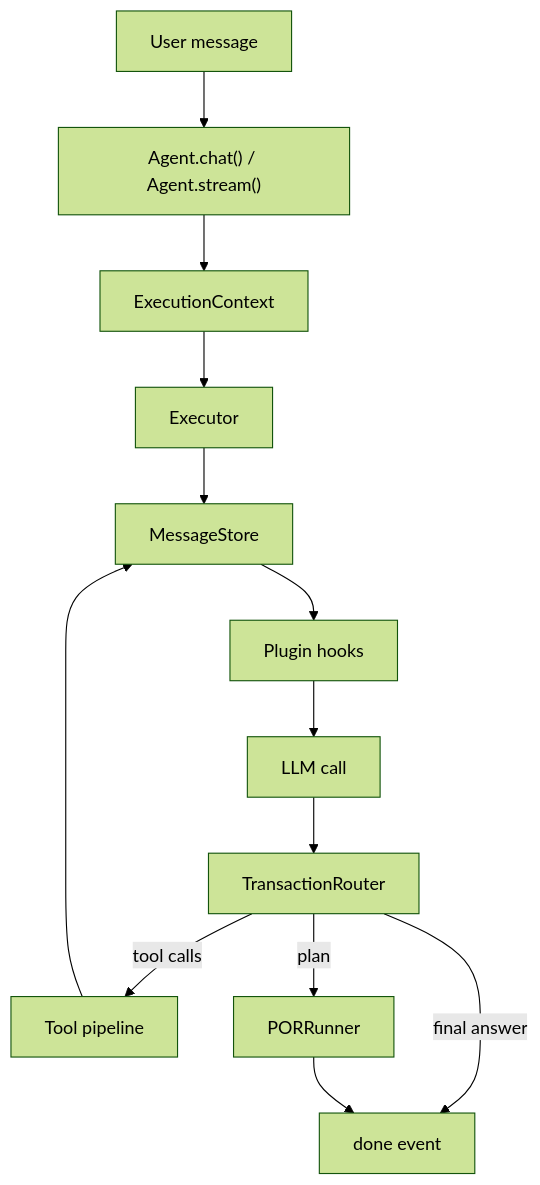
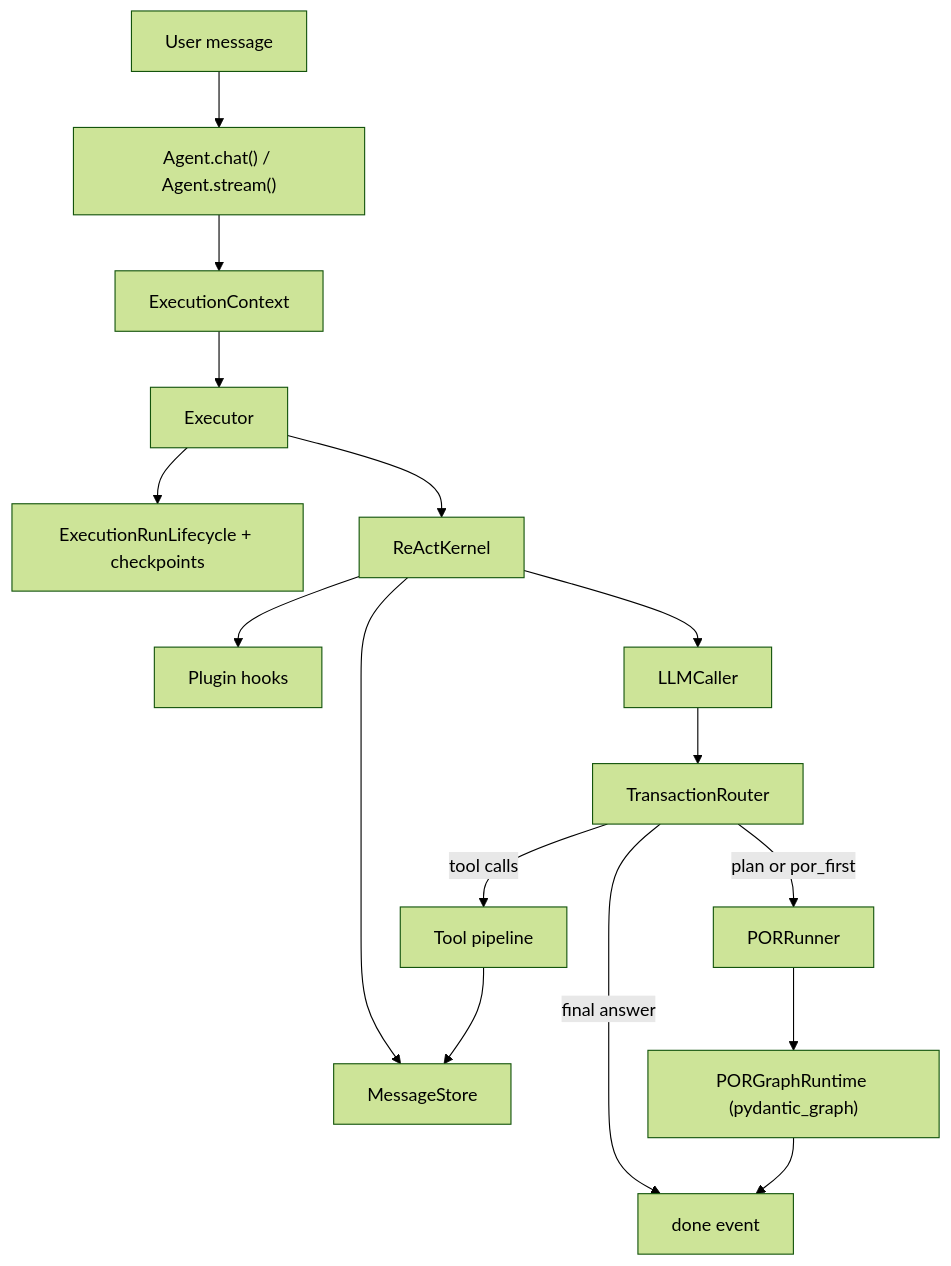
One commit to axclogo/AxcAgentEngine changed the second of 2 diagrams in README.md. Above: the diagram before and after it, drawn with Mermaid (forest theme). The commit also changed other lines of this file and 216 other files, not shown here.

````diff
--- a/README.md
+++ b/README.md
@@ -312,15 +321,18 @@
 ```mermaid
 flowchart TD
     A["User message"] --> B["Agent.chat() / Agent.stream()"]
     B --> C["ExecutionContext"]
     C --> D["Executor"]
-    D --> E["MessageStore"]
-    E --> F["Plugin hooks"]
-    F --> G["LLM call"]
-    G --> H["TransactionRouter"]
-    H -->|final answer| I["done event"]
-    H -->|tool calls| J["Tool pipeline"]
-    J --> E
-    H -->|plan| K["PORRunner"]
-    K --> I
+    D --> E["ExecutionRunLifecycle + checkpoints"]
+    D --> F["ReActKernel"]
+    F --> G["MessageStore"]
+    F --> H["Plugin hooks"]
+    F --> I["LLMCaller"]
+    I --> J["TransactionRouter"]
+    J -->|final answer| K["done event"]
+    J -->|tool calls| L["Tool pipeline"]
+    L --> G
+    J -->|plan or por_first| M["PORRunner"]
+    M --> N["PORGraphRuntime (pydantic_graph)"]
+    N --> K
 ```
````
